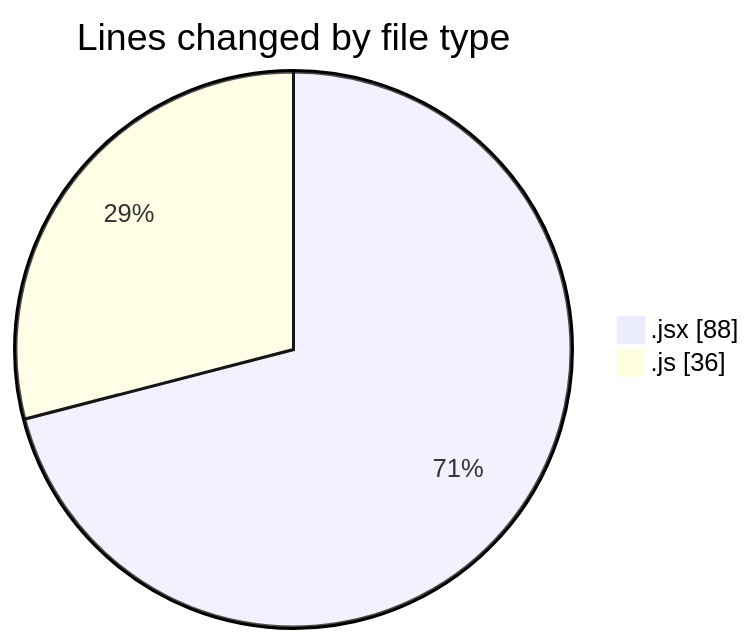
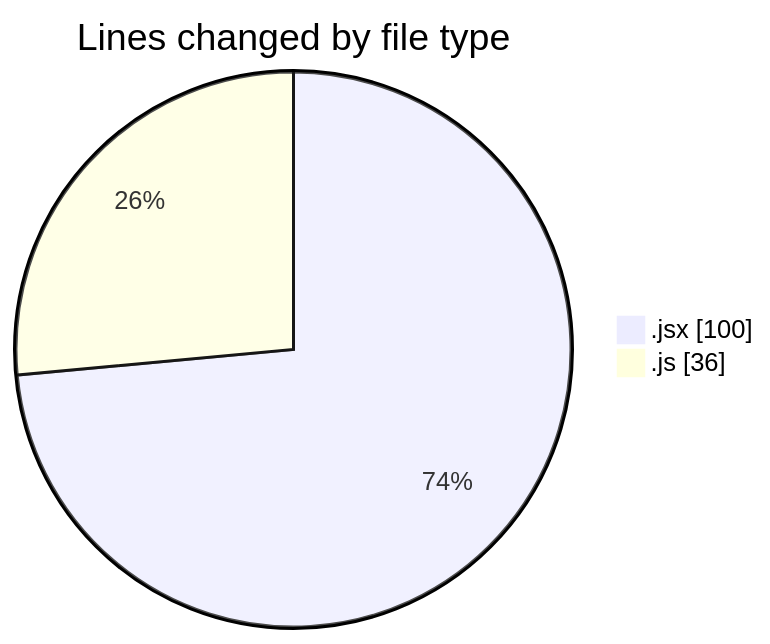
One commit to nxtqubesakshisongat/code-tracking changed the first of 2 diagrams in 2025-06-17/nxtqube_webapp/README.md. Above: the diagram before and after it, drawn with Mermaid. The commit also changed other lines of this file and 1 other file, not shown here.

````diff
--- a/2025-06-17/nxtqube_webapp/README.md
+++ b/2025-06-17/nxtqube_webapp/README.md
@@ -21,6 +21,6 @@
 ```mermaid
 pie showData
 title Lines changed by file type
-".jsx" : 88
+".jsx" : 100
 ".js" : 36
 ```
````
